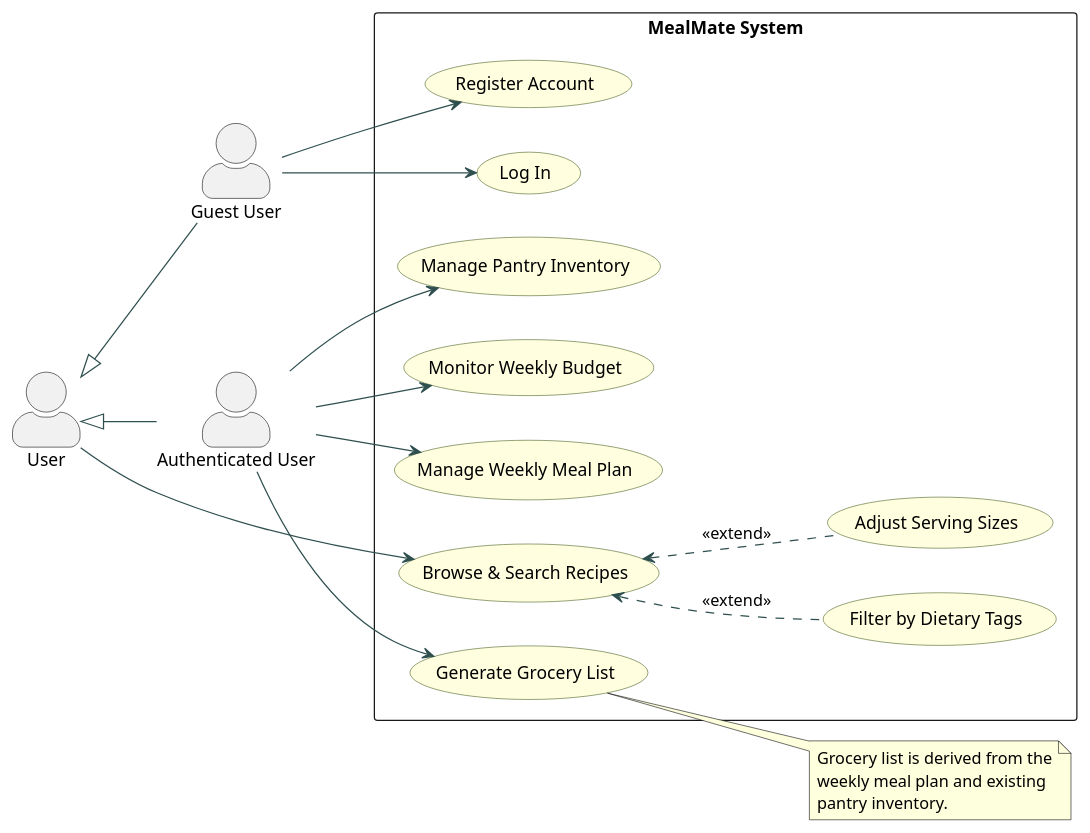
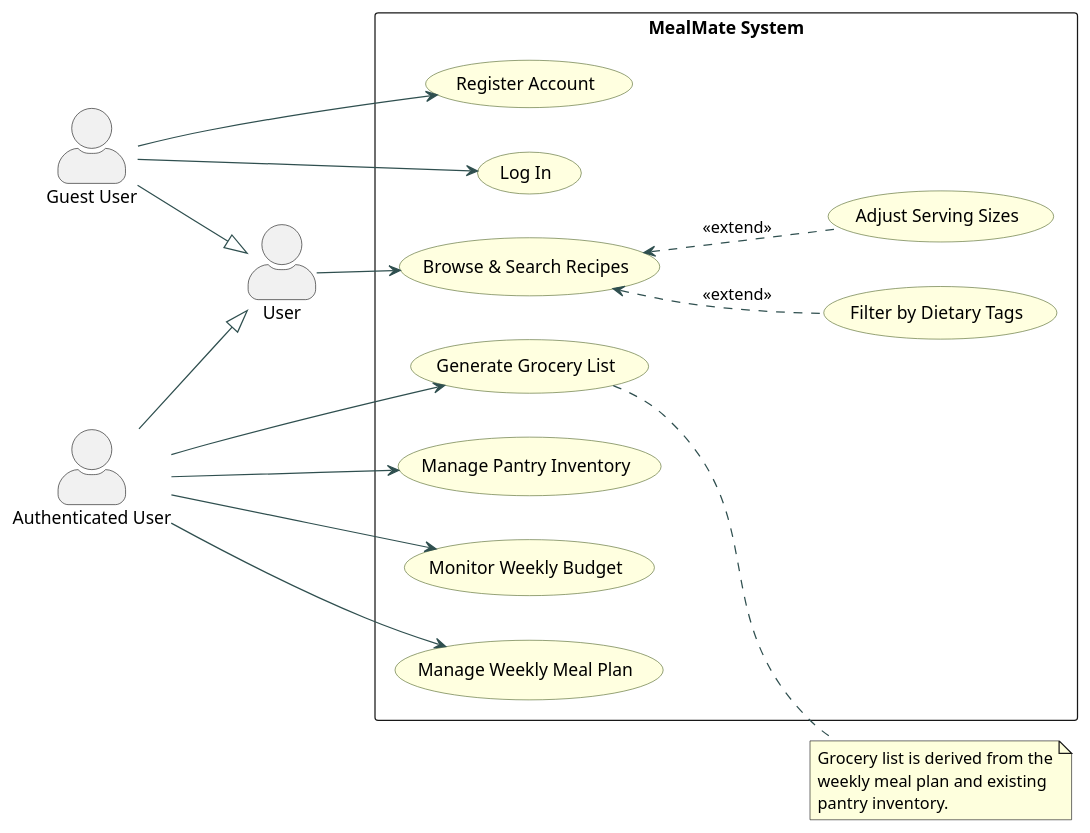
Before and after one commit to OmarIUBH/software-engineering-project: the first of 4 diagrams in docs/UML_DIAGRAMS.md, drawn with PlantUML. The commit also changed 1 other file, not shown here.

Commit message:
docs: finalize actor generalization tree symmetry

````diff
--- a/docs/UML_DIAGRAMS.md
+++ b/docs/UML_DIAGRAMS.md
@@ -13,48 +13,48 @@
 ```plantuml
 @startuml MealMate_UseCaseDiagram
 left to right direction
 skinparam usecase {
   BackgroundColor LightYellow
   BorderColor DarkOliveGreen
   ArrowColor DarkSlateGray
 }
 skinparam actorStyle awesome
 
 actor "User" as U
 actor "Guest User" as Guest
 actor "Authenticated User" as AuthUser
 
-U <|-- Guest
-U <|-- AuthUser
+Guest --|> U
+AuthUser --|> U
 
 rectangle "MealMate System" {
   usecase "Register Account"             as UC_Reg
   usecase "Log In"                       as UC_Login
   usecase "Browse & Search Recipes"      as UC_Browse
   usecase "Filter by Dietary Tags"       as UC_Filter
   usecase "Adjust Serving Sizes"         as UC_Scale
 
   usecase "Manage Weekly Meal Plan"      as UC_Plan
   usecase "Generate Grocery List"        as UC_List
   usecase "Manage Pantry Inventory"      as UC_Pantry
   usecase "Monitor Weekly Budget"        as UC_Budget
 }
 
 U --> UC_Browse
 
 Guest --> UC_Reg
 Guest --> UC_Login
 
 UC_Filter .up.> UC_Browse : <<extend>>
 UC_Scale .up.> UC_Browse : <<extend>>
 
 AuthUser --> UC_Plan
 AuthUser --> UC_List
 AuthUser --> UC_Pantry
 AuthUser --> UC_Budget
 
 note "Grocery list is derived from the\nweekly meal plan and existing\npantry inventory." as N_List
 UC_List .. N_List
 
 @enduml
 ```
````
